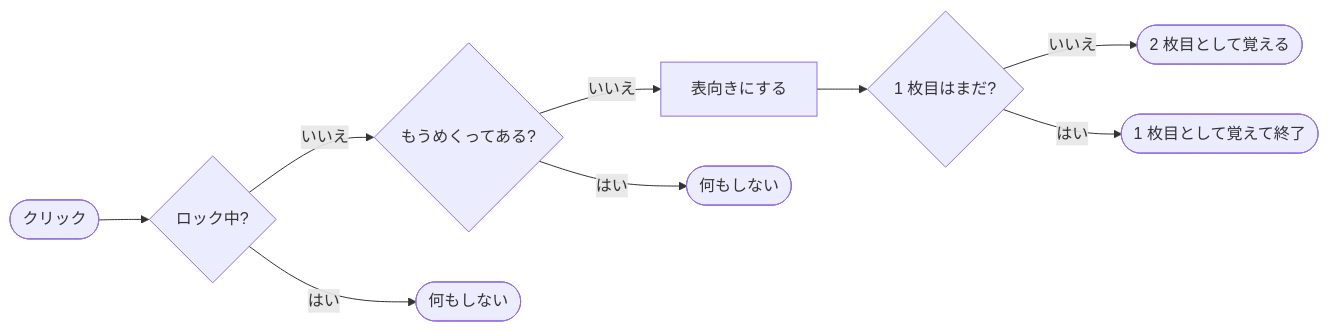
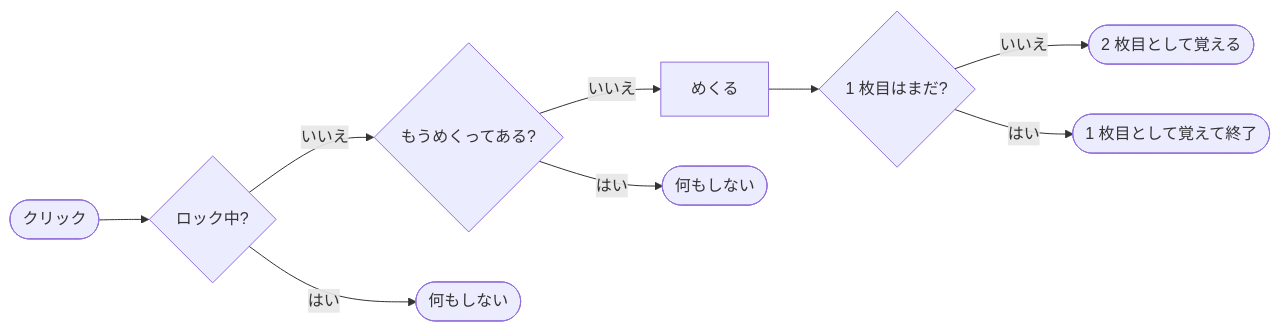
One commit to jigintern/study_session_materials changed the diagram in 2026/shinkei-suijaku/diagrams/click-flow.mmd. Above: the diagram before and after it, drawn with Mermaid. The commit also changed 3 other files, not shown here.

```diff
--- a/2026/shinkei-suijaku/diagrams/click-flow.mmd
+++ b/2026/shinkei-suijaku/diagrams/click-flow.mmd
@@ -1,9 +1,9 @@
 flowchart LR
   A([クリック]) --> B{ロック中?}
   B -- いいえ --> C{もうめくってある?}
-  C -- いいえ --> D[表向きにする]
+  C -- いいえ --> D[めくる]
   D --> E{1 枚目はまだ?}
   E -- いいえ --> G([2 枚目として覚える])
   E -- はい --> F([1 枚目として覚えて終了])
   B -- はい --> Z1([何もしない])
   C -- はい --> Z2([何もしない])
```
